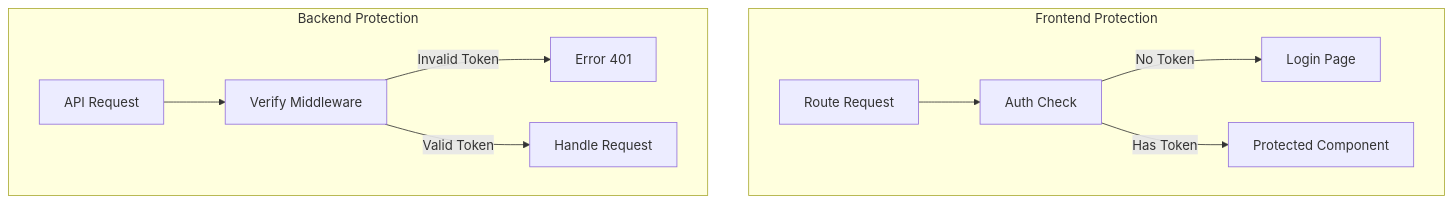
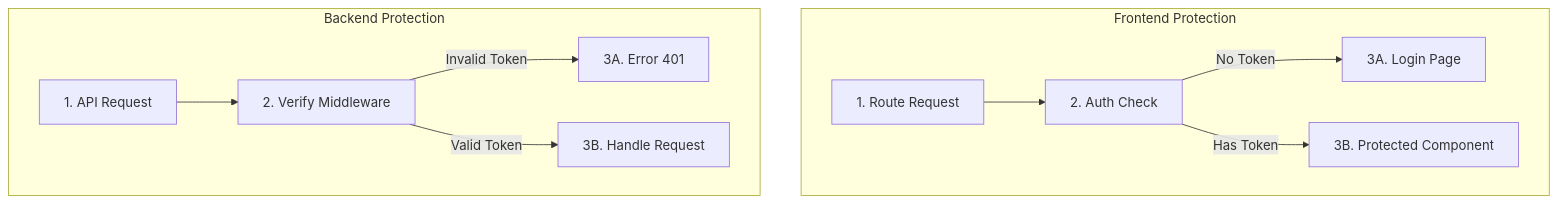
One commit to 0xneobyte/ZKPhealth changed the second of 3 diagrams in JWT_AUTH.md. Above: the diagram before and after it, drawn with Mermaid. The commit also changed other lines of this file, not shown here.

Commit message:
update JWT Auth DOC

````diff
--- a/JWT_AUTH.md
+++ b/JWT_AUTH.md
@@ -74,14 +113,14 @@
 ```mermaid
 graph TB
     subgraph Frontend Protection
-        R[Route Request] --> AC[Auth Check]
-        AC -->|No Token| L[Login Page]
-        AC -->|Has Token| P[Protected Component]
+        R[1. Route Request] --> AC[2. Auth Check]
+        AC -->|No Token| L[3A. Login Page]
+        AC -->|Has Token| P[3B. Protected Component]
     end
     
     subgraph Backend Protection
-        AR[API Request] --> VM[Verify Middleware]
-        VM -->|Invalid Token| E[Error 401]
-        VM -->|Valid Token| H[Handle Request]
+        AR[1. API Request] --> VM[2. Verify Middleware]
+        VM -->|Invalid Token| E[3A. Error 401]
+        VM -->|Valid Token| H[3B. Handle Request]
     end
 ```
````
